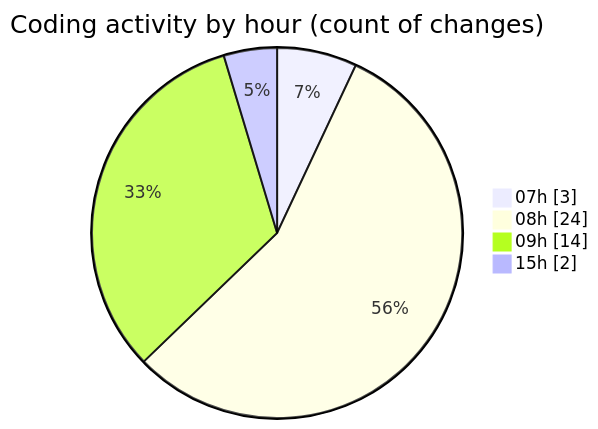
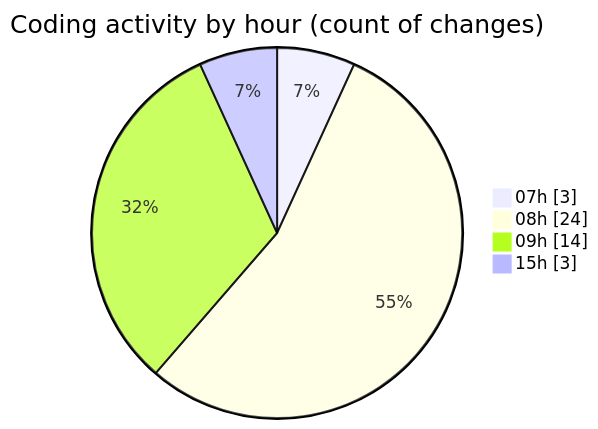
One commit to MatusMokan/code-tracking changed the second of 2 diagrams in 2025-05-07/myws__workspace_/README.md. Above: the diagram before and after it, drawn with Mermaid. The commit also changed other lines of this file and 1 other file, not shown here.

````diff
--- a/2025-05-07/myws__workspace_/README.md
+++ b/2025-05-07/myws__workspace_/README.md
@@ -30,8 +30,8 @@
 ```mermaid
 pie showData
 title Coding activity by hour (count of changes)
 "07h" : 3
 "08h" : 24
 "09h" : 14
-"15h" : 2
+"15h" : 3
 ```
````
